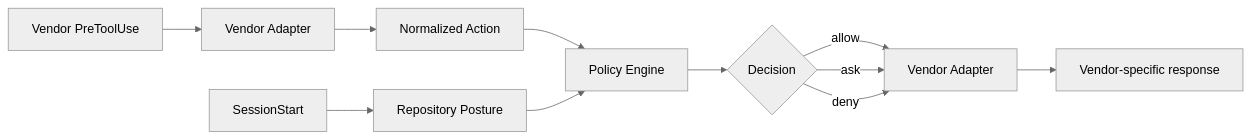
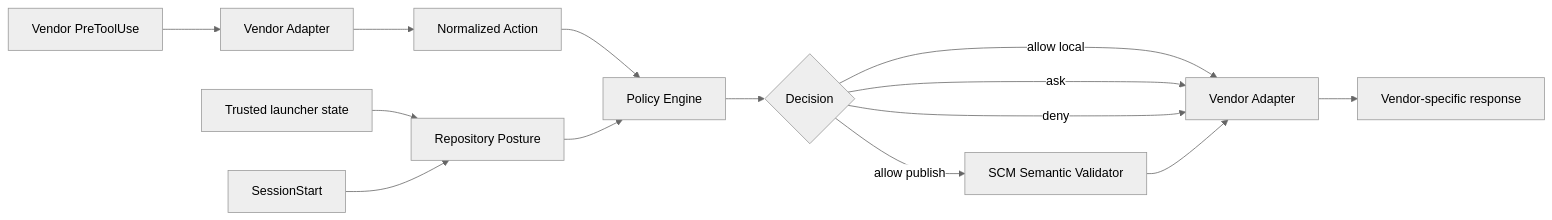
The first of 2 diagrams in AGENTS.md (tomo-chan/agent-harness), drawn with Mermaid (neutral theme) before and after one commit. The commit also changed other lines of this file, not shown here.

Commit message:
docs: codify canonical SCM and trusted task identity invariants

````diff
--- a/AGENTS.md
+++ b/AGENTS.md
@@ -48,13 +54,16 @@
 ```mermaid
 flowchart LR
-    SS[SessionStart] --> RP[Repository Posture]
+    TL[Trusted launcher state] --> RP[Repository Posture]
+    SS[SessionStart] --> RP
     V[Vendor PreToolUse] --> A1[Vendor Adapter]
     A1 --> N[Normalized Action]
     N --> P[Policy Engine]
     RP --> P
     P --> D{Decision}
-    D -->|allow| A2[Vendor Adapter]
+    D -->|allow publish| SV[SCM Semantic Validator]
+    D -->|allow local| A2[Vendor Adapter]
     D -->|ask| A2
     D -->|deny| A2
+    SV --> A2
     A2 --> R[Vendor-specific response]
 ```
````
